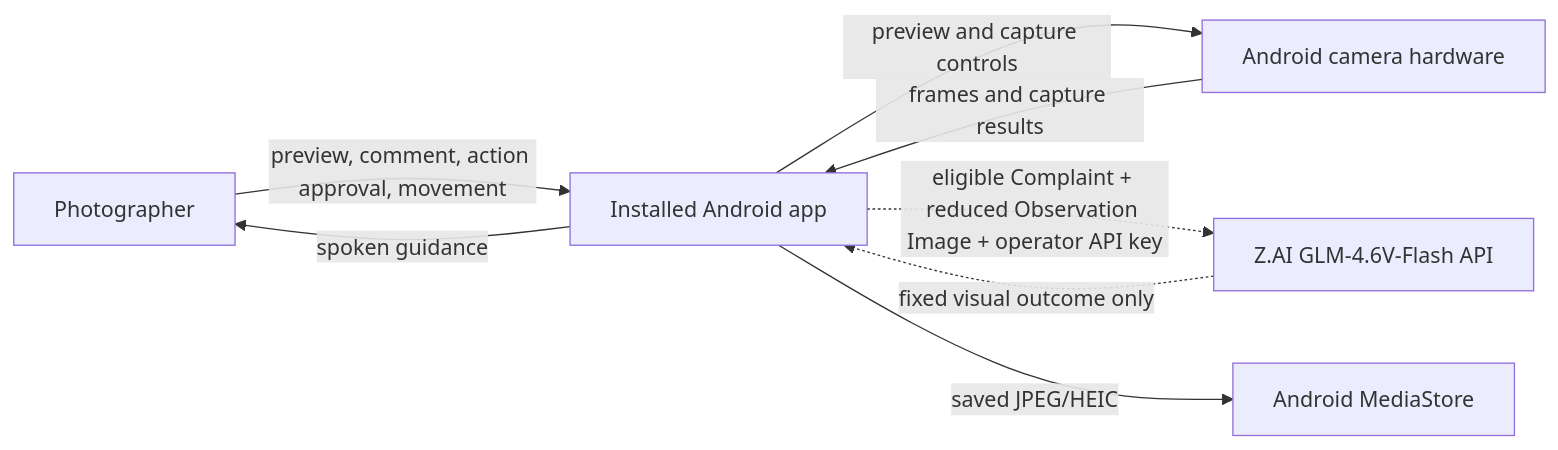
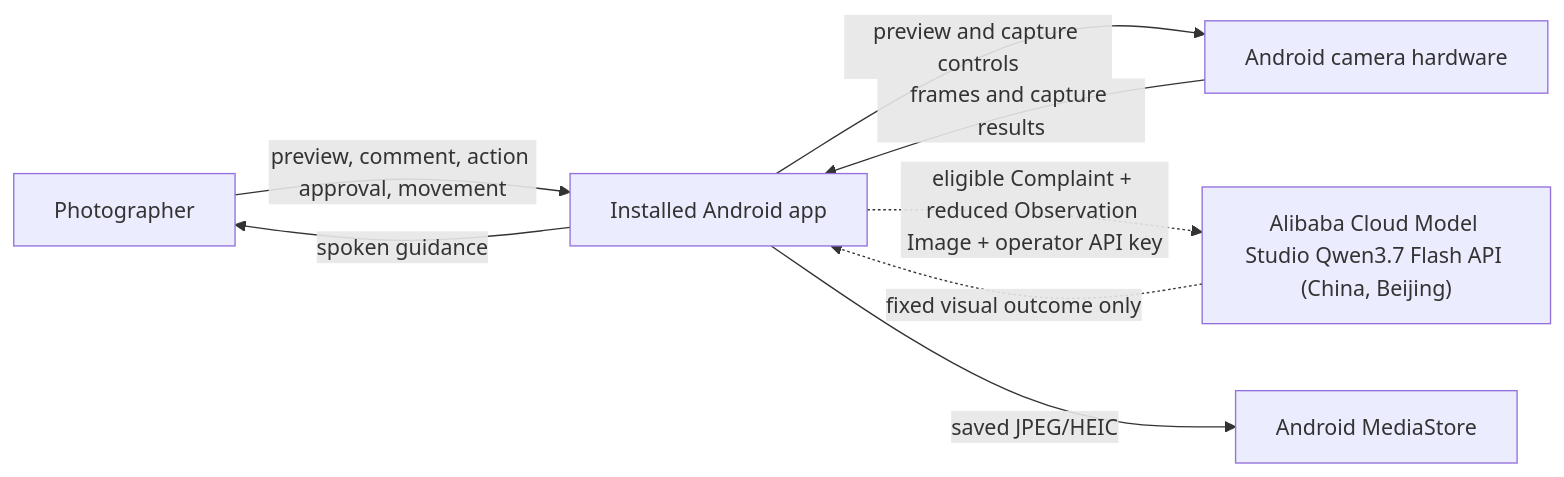
One commit to LuBolin/CameraAgent changed the first of 2 diagrams in outputs/ANDROID_TECHNICAL_ARCHITECTURE.md. Above: the diagram before and after it, drawn with Mermaid. The commit also changed other lines of this file and 60 other files, not shown here.

````diff
--- a/outputs/ANDROID_TECHNICAL_ARCHITECTURE.md
+++ b/outputs/ANDROID_TECHNICAL_ARCHITECTURE.md
@@ -100,10 +100,10 @@
 ```mermaid
 flowchart LR
     U["Photographer"] -->|"preview, comment, action approval, movement"| A["Installed Android app"]
     A -->|"preview and capture controls"| C["Android camera hardware"]
     C -->|"frames and capture results"| A
-    A -.->|"eligible Complaint + reduced Observation Image + operator API key"| Z["Z.AI GLM-4.6V-Flash API"]
+    A -.->|"eligible Complaint + reduced Observation Image + operator API key"| Z["Alibaba Cloud Model Studio Qwen3.7 Flash API (China, Beijing)"]
     Z -.->|"fixed visual outcome only"| A
     A -->|"saved JPEG/HEIC"| M["Android MediaStore"]
     A -->|"spoken guidance"| U
 ```
````
